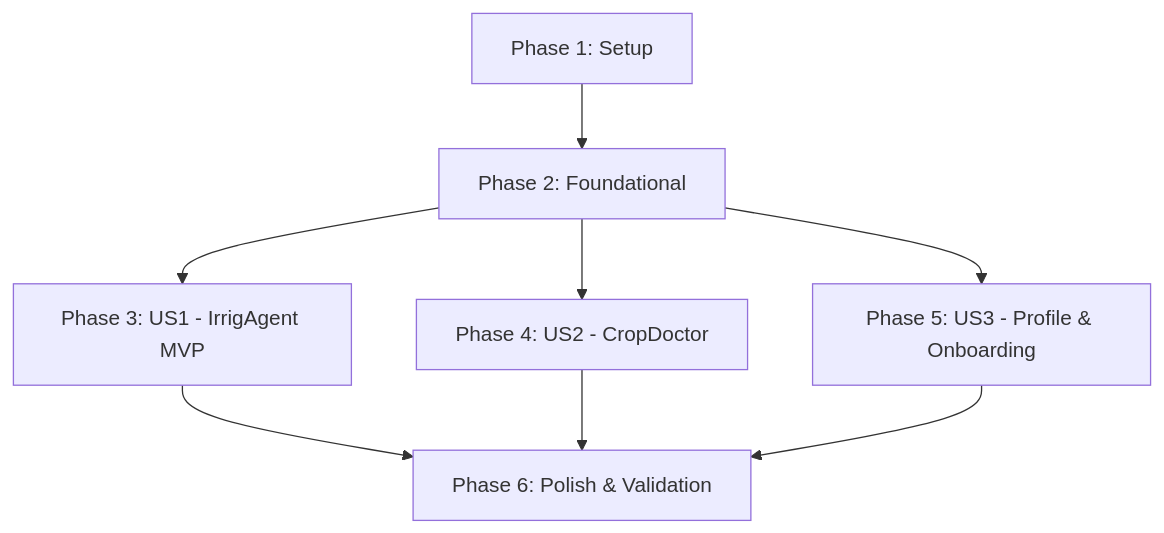
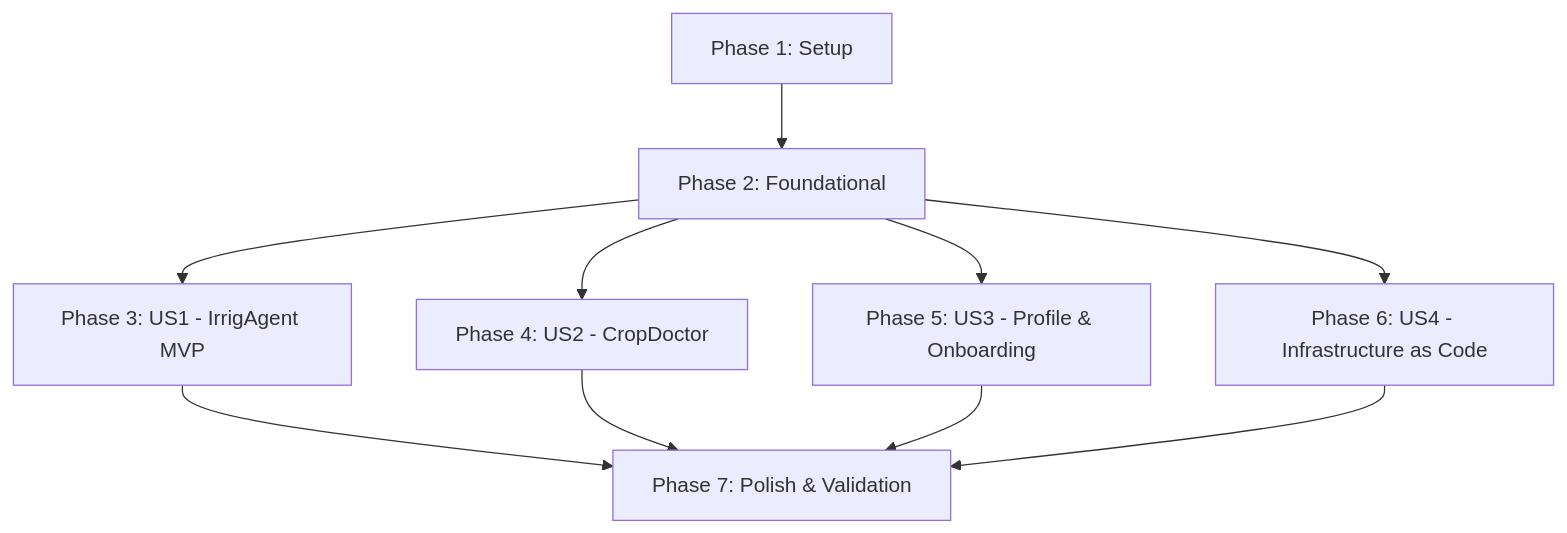
One commit to aroucadi/IrrigAgent changed the diagram in specs/001-hassan-irrigation-agent/tasks.md. Above: the diagram before and after it, drawn with Mermaid. The commit also changed other lines of this file, not shown here.

Commit message:
docs(tasks): add User Story 4 Infrastructure-as-Code tasks (T021 to T024)

````diff
--- a/specs/001-hassan-irrigation-agent/tasks.md
+++ b/specs/001-hassan-irrigation-agent/tasks.md
@@ -92,10 +106,12 @@
 ```mermaid
 graph TD
     Phase1[Phase 1: Setup] --> Phase2[Phase 2: Foundational]
     Phase2 --> US1[Phase 3: US1 - IrrigAgent MVP]
     Phase2 --> US2[Phase 4: US2 - CropDoctor]
     Phase2 --> US3[Phase 5: US3 - Profile & Onboarding]
-    US1 --> Polish[Phase 6: Polish & Validation]
+    Phase2 --> US4[Phase 6: US4 - Infrastructure as Code]
+    US1 --> Polish[Phase 7: Polish & Validation]
     US2 --> Polish
     US3 --> Polish
+    US4 --> Polish
 ```
````
